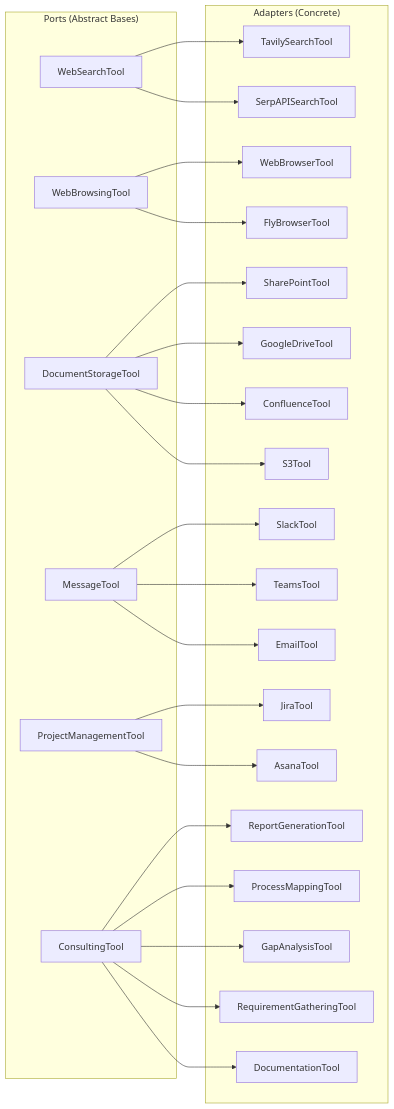
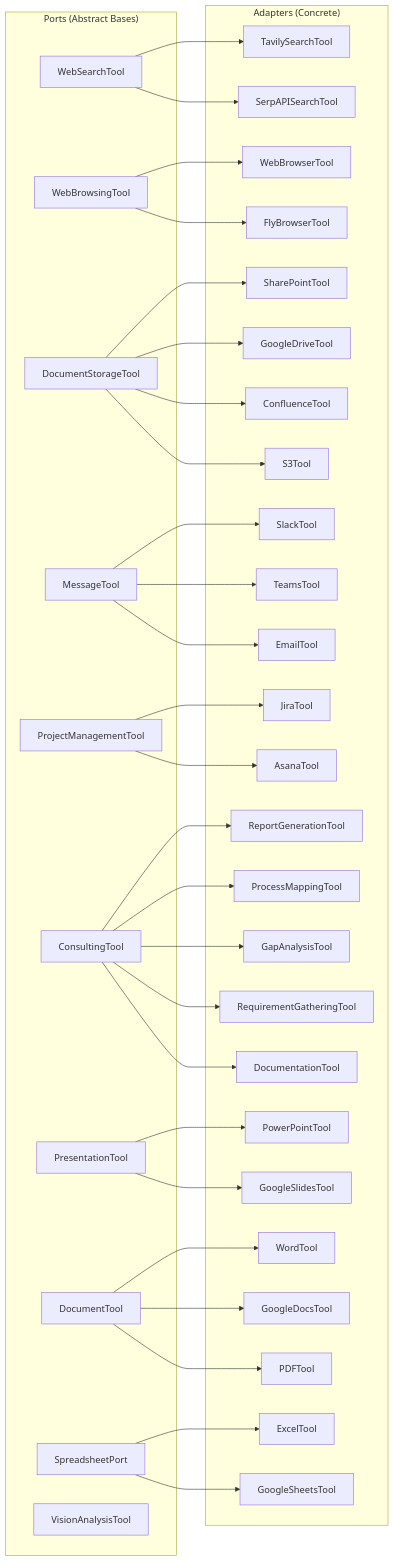
The first of 8 diagrams in docs/architecture.md (fireflyresearch/firefly-dworkers), drawn with Mermaid before and after one commit. The commit also changed other lines of this file and 47 other files, not shown here.

````diff
--- a/docs/architecture.md
+++ b/docs/architecture.md
@@ -85,51 +87,69 @@
 ```mermaid
 graph LR
     subgraph "Ports (Abstract Bases)"
         WST["WebSearchTool"]
         WBT["WebBrowsingTool"]
         DST["DocumentStorageTool"]
         MT["MessageTool"]
         PMT["ProjectManagementTool"]
         CT["ConsultingTool"]
+        PT["PresentationTool"]
+        DT["DocumentTool"]
+        SpT["SpreadsheetPort"]
+        VT["VisionAnalysisTool"]
     end
 
     subgraph "Adapters (Concrete)"
         Tavily["TavilySearchTool"]
         SerpAPI["SerpAPISearchTool"]
         WB["WebBrowserTool"]
         FB["FlyBrowserTool"]
         SP["SharePointTool"]
         GD["GoogleDriveTool"]
         Conf["ConfluenceTool"]
         S3["S3Tool"]
         Slack["SlackTool"]
         Teams["TeamsTool"]
         Email["EmailTool"]
         Jira["JiraTool"]
         Asana["AsanaTool"]
         RG["ReportGenerationTool"]
         PM["ProcessMappingTool"]
         GA["GapAnalysisTool"]
         RQ["RequirementGatheringTool"]
         Doc["DocumentationTool"]
+        PPT["PowerPointTool"]
+        GSlides["GoogleSlidesTool"]
+        Word["WordTool"]
+        GDocs["GoogleDocsTool"]
+        PDF["PDFTool"]
+        Excel["ExcelTool"]
+        GSheets["GoogleSheetsTool"]
     end
 
     WST --> Tavily
     WST --> SerpAPI
     WBT --> WB
     WBT --> FB
     DST --> SP
     DST --> GD
     DST --> Conf
     DST --> S3
     MT --> Slack
     MT --> Teams
     MT --> Email
     PMT --> Jira
     PMT --> Asana
     CT --> RG
     CT --> PM
     CT --> GA
     CT --> RQ
     CT --> Doc
+    PT --> PPT
+    PT --> GSlides
+    DT --> Word
+    DT --> GDocs
+    DT --> PDF
+    SpT --> Excel
+    SpT --> GSheets
 ```
````
